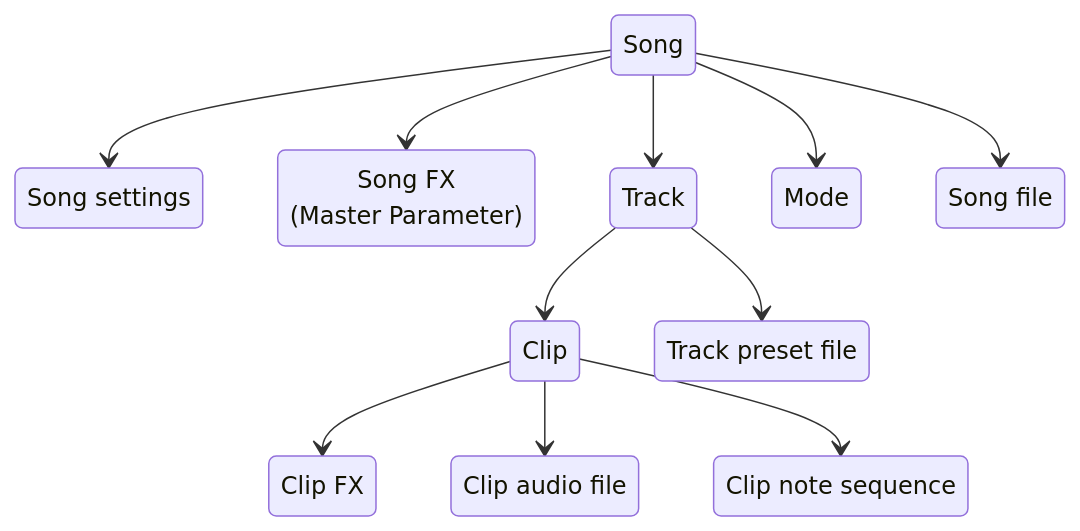
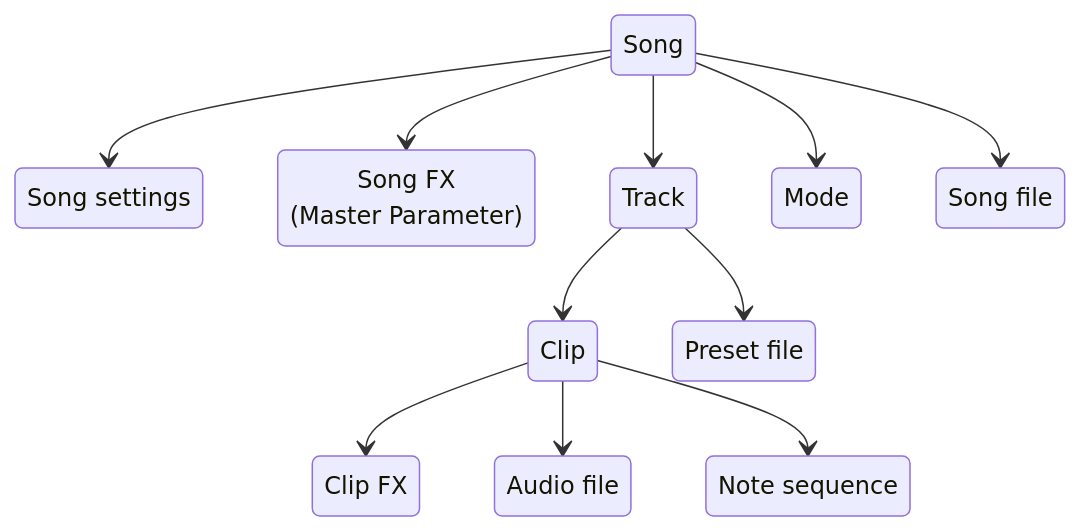
The first of 19 diagrams in website/src/content/docs/manual/introduction/concepts.mdx (SynthstromAudible/DelugeFirmware), drawn with Mermaid before and after one commit. The commit also changed other lines of this file and 2 other files, not shown here.

````diff
--- a/website/src/content/docs/manual/introduction/concepts.mdx
+++ b/website/src/content/docs/manual/introduction/concepts.mdx
@@ -11,21 +11,21 @@
 ```mermaid
 stateDiagram-v2
   Song --> SongSettings
   Song --> SongFX
   Song --> Track
   Song --> Mode
   Track --> Clip
   Clip --> ClipFX
   Clip --> ClipAudioFile
   Clip --> ClipNoteSequence
   Track --> TrackPresetFile
   Song --> SongFile
 
   SongSettings: Song settings
   SongFX: Song FX <br> (Master Parameter)
   SongFile: Song file
-  TrackPresetFile: Track preset file
+  TrackPresetFile: Preset file
   ClipFX: Clip FX
-  ClipAudioFile: Clip audio file
-  ClipNoteSequence: Clip note sequence
+  ClipAudioFile: Audio file
+  ClipNoteSequence: Note sequence
 ```
````
